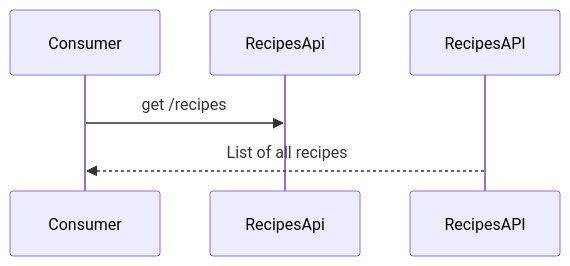
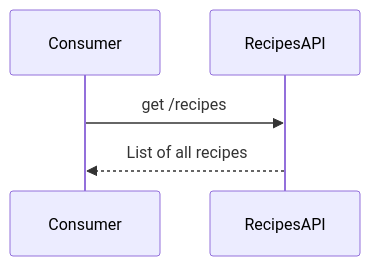
One commit to enisspahi/contract-first-api-example changed the first of 3 diagrams in docs/hugo-docdock/content/introduction/use_cases.md. Above: the diagram before and after it, drawn with Mermaid. The commit also changed other lines of this file, not shown here.

```diff
--- a/docs/hugo-docdock/content/introduction/use_cases.md
+++ b/docs/hugo-docdock/content/introduction/use_cases.md
@@ -7,5 +7,5 @@
 {{< mermaid >}}
     sequenceDiagram
-        Consumer->>RecipesApi: get /recipes
+        Consumer->>RecipesAPI: get /recipes
         RecipesAPI-->>Consumer: List of all recipes
 {{< /mermaid >}}
```
